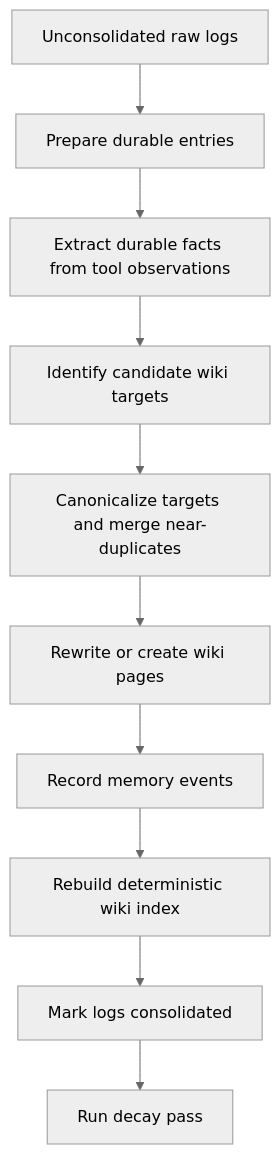
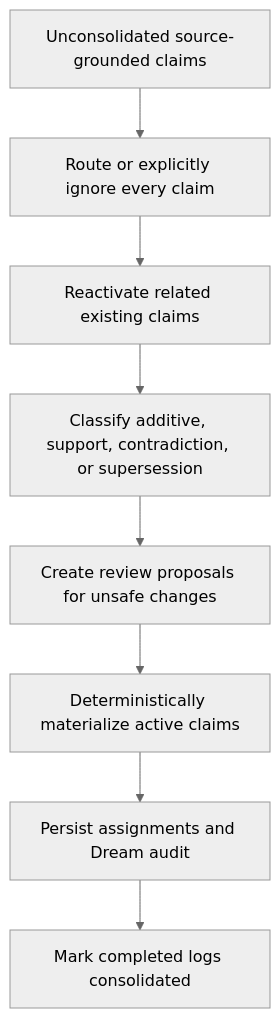
The diagram in DESIGN.md (nsadras/mycelium), drawn with Mermaid (neutral theme) before and after one commit. The commit also changed other lines of this file and 34 other files, not shown here.

````diff
--- a/DESIGN.md
+++ b/DESIGN.md
@@ -80,12 +79,10 @@
 ```mermaid
 flowchart TD
-    A[Unconsolidated raw logs] --> B[Prepare durable entries]
-    B --> C[Extract durable facts from tool observations]
-    C --> D[Identify candidate wiki targets]
-    D --> E[Canonicalize targets and merge near-duplicates]
-    E --> F[Rewrite or create wiki pages]
-    F --> G[Record memory events]
-    G --> H[Rebuild deterministic wiki index]
-    H --> I[Mark logs consolidated]
-    I --> J[Run decay pass]
+    A[Unconsolidated source-grounded claims] --> B[Route or explicitly ignore every claim]
+    B --> C[Reactivate related existing claims]
+    C --> D[Classify additive, support, contradiction, or supersession]
+    D --> E[Create review proposals for unsafe changes]
+    E --> F[Deterministically materialize active claims]
+    F --> G[Persist assignments and Dream audit]
+    G --> H[Mark completed logs consolidated]
 ```
````
